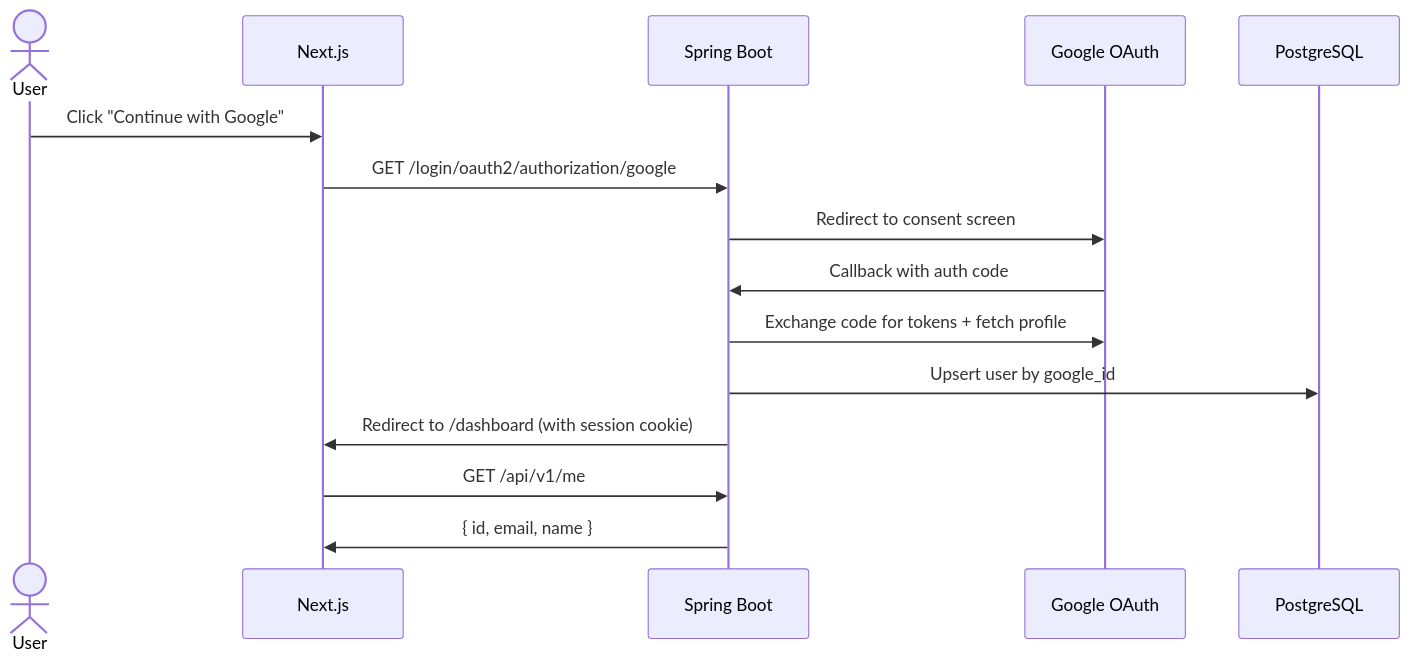
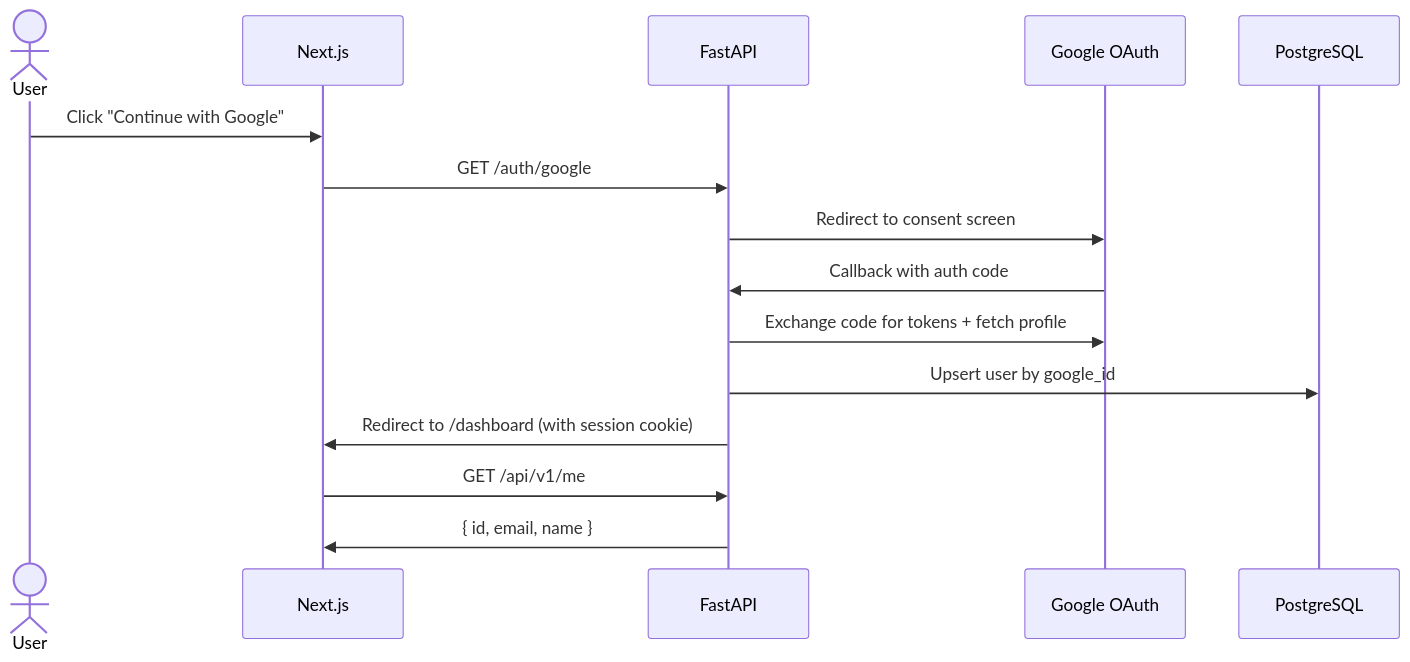
One commit to adv11/memory-os changed the second of 6 diagrams in docs/architecture/architecture.md. Above: the diagram before and after it, drawn with Mermaid. The commit also changed other lines of this file and 2494 other files, not shown here.

````diff
--- a/docs/architecture/architecture.md
+++ b/docs/architecture/architecture.md
@@ -146,18 +150,18 @@
 ```mermaid
 sequenceDiagram
   actor User
   participant Web as Next.js
-  participant API as Spring Boot
+  participant API as FastAPI
   participant Google as Google OAuth
   participant DB as PostgreSQL
 
   User->>Web: Click "Continue with Google"
-  Web->>API: GET /login/oauth2/authorization/google
+  Web->>API: GET /auth/google
   API->>Google: Redirect to consent screen
   Google->>API: Callback with auth code
   API->>Google: Exchange code for tokens + fetch profile
   API->>DB: Upsert user by google_id
   API->>Web: Redirect to /dashboard (with session cookie)
   Web->>API: GET /api/v1/me
   API->>Web: { id, email, name }
 ```
````
